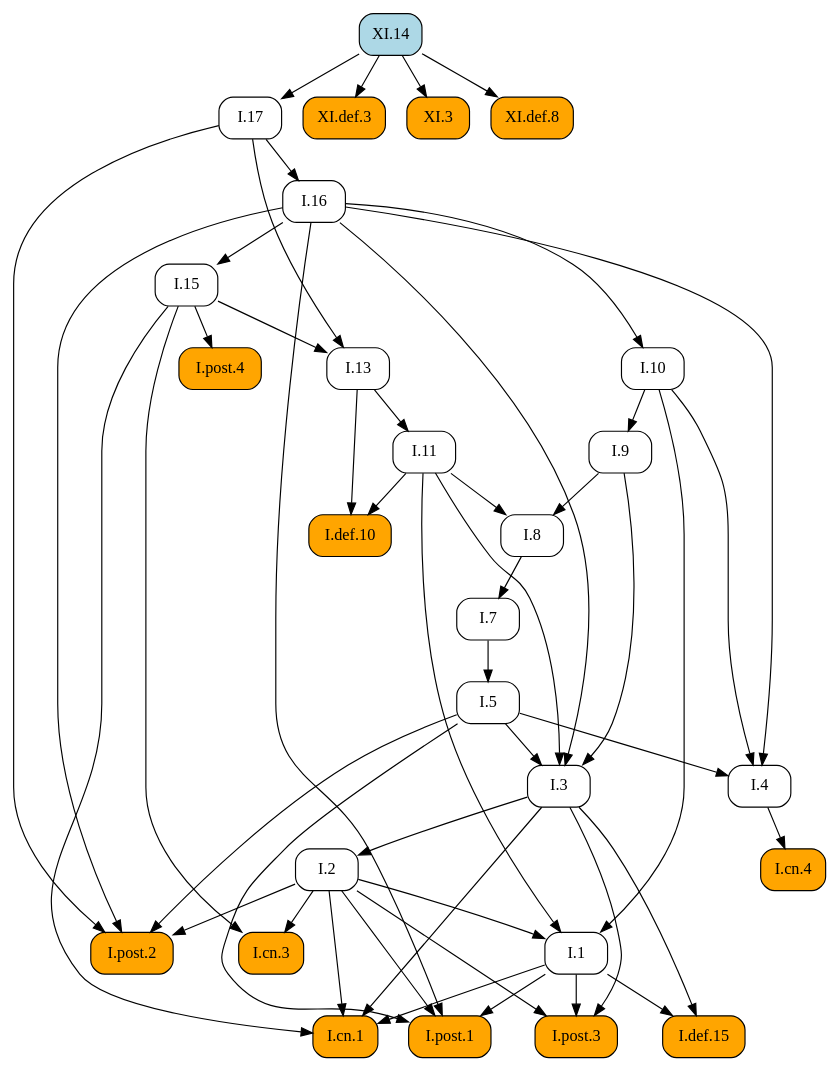
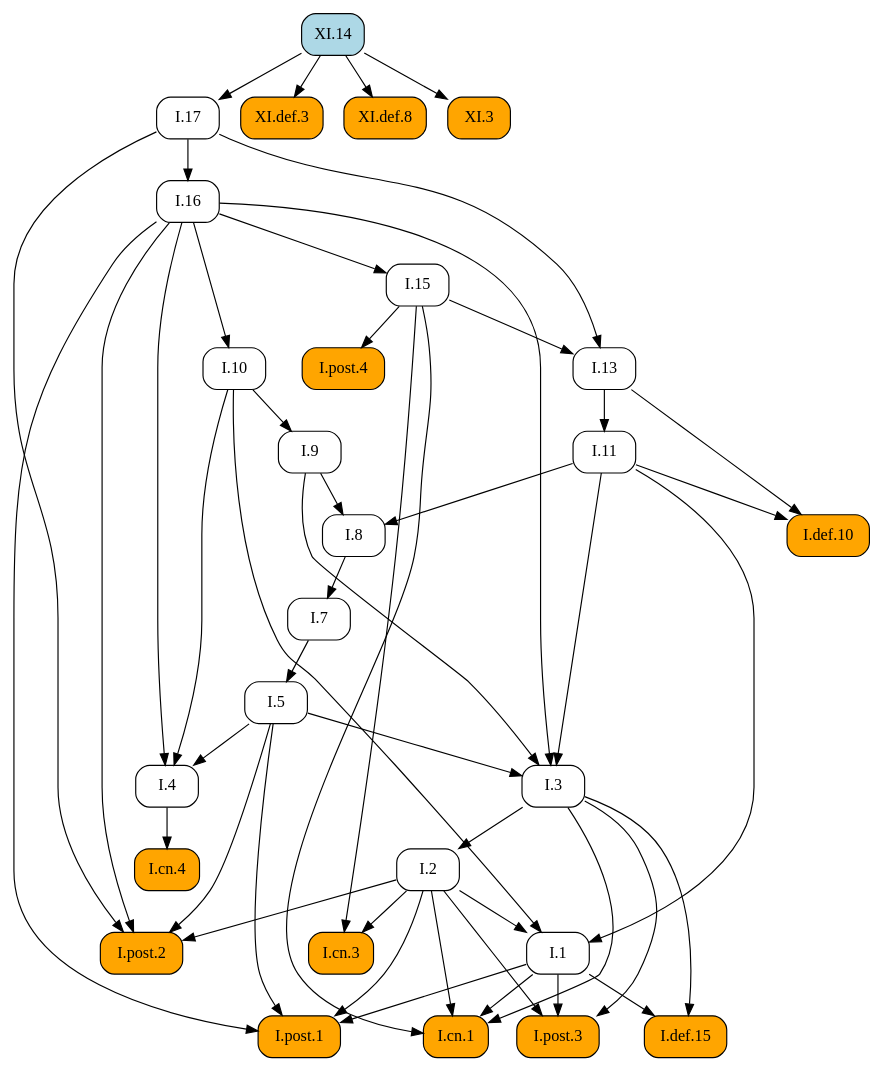
Before and after one commit to geometor/elements: the diagram in docsrc/heath/XI/14/index.rst, drawn with Graphviz. The commit also changed other lines of this file and 1029 other files, not shown here.

```diff
--- a/docsrc/heath/XI/14/index.rst
+++ b/docsrc/heath/XI/14/index.rst
@@ -43,80 +43,80 @@
    digraph {
      rankdir="TB";
      node [shape=box, style=rounded];
-     "I.13" [URL="/heath/I/13/", target="_top"];
-     "I.cn.3" [style="rounded,filled", fillcolor=orange, URL="/heath/I/cn.3/", target="_top"];
-     "I.5" [URL="/heath/I/5/", target="_top"];
-     "I.11" [URL="/heath/I/11/", target="_top"];
-     "I.7" [URL="/heath/I/7/", target="_top"];
-     "I.10" [URL="/heath/I/10/", target="_top"];
-     "I.4" [URL="/heath/I/4/", target="_top"];
-     "I.3" [URL="/heath/I/3/", target="_top"];
-     "I.16" [URL="/heath/I/16/", target="_top"];
-     "I.8" [URL="/heath/I/8/", target="_top"];
-     "I.9" [URL="/heath/I/9/", target="_top"];
      "I.def.10" [style="rounded,filled", fillcolor=orange, URL="/heath/I/def.10/", target="_top"];
      "XI.def.3" [style="rounded,filled", fillcolor=orange, URL="/heath/XI/def.3/", target="_top"];
+     "I.11" [URL="/heath/I/11/", target="_top"];
+     "I.1" [URL="/heath/I/1/", target="_top"];
      "I.post.4" [style="rounded,filled", fillcolor=orange, URL="/heath/I/post.4/", target="_top"];
+     "XI.14" [style="rounded,filled", fillcolor=lightblue, URL="/heath/XI/14/", target="_top"];
+     "I.7" [URL="/heath/I/7/", target="_top"];
+     "I.3" [URL="/heath/I/3/", target="_top"];
+     "I.2" [URL="/heath/I/2/", target="_top"];
+     "I.4" [URL="/heath/I/4/", target="_top"];
+     "I.13" [URL="/heath/I/13/", target="_top"];
+     "I.17" [URL="/heath/I/17/", target="_top"];
      "I.post.2" [style="rounded,filled", fillcolor=orange, URL="/heath/I/post.2/", target="_top"];
-     "I.2" [URL="/heath/I/2/", target="_top"];
+     "I.16" [URL="/heath/I/16/", target="_top"];
      "I.def.15" [style="rounded,filled", fillcolor=orange, URL="/heath/I/def.15/", target="_top"];
-     "I.1" [URL="/heath/I/1/", target="_top"];
+     "I.9" [URL="/heath/I/9/", target="_top"];
      "I.post.3" [style="rounded,filled", fillcolor=orange, URL="/heath/I/post.3/", target="_top"];
+     "I.cn.1" [style="rounded,filled", fillcolor=orange, URL="/heath/I/cn.1/", target="_top"];
+     "I.cn.3" [style="rounded,filled", fillcolor=orange, URL="/heath/I/cn.3/", target="_top"];
+     "I.8" [URL="/heath/I/8/", target="_top"];
+     "I.cn.4" [style="rounded,filled", fillcolor=orange, URL="/heath/I/cn.4/", target="_top"];
+     "I.15" [URL="/heath/I/15/", target="_top"];
+     "XI.def.8" [style="rounded,filled", fillcolor=orange, URL="/heath/XI/def.8/", target="_top"];
      "I.post.1" [style="rounded,filled", fillcolor=orange, URL="/heath/I/post.1/", target="_top"];
+     "I.10" [URL="/heath/I/10/", target="_top"];
+     "I.5" [URL="/heath/I/5/", target="_top"];
      "XI.3" [style="rounded,filled", fillcolor=orange, URL="/heath/XI/3/", target="_top"];
-     "I.cn.4" [style="rounded,filled", fillcolor=orange, URL="/heath/I/cn.4/", target="_top"];
-     "XI.def.8" [style="rounded,filled", fillcolor=orange, URL="/heath/XI/def.8/", target="_top"];
-     "I.15" [URL="/heath/I/15/", target="_top"];
-     "I.17" [URL="/heath/I/17/", target="_top"];
-     "XI.14" [style="rounded,filled", fillcolor=lightblue, URL="/heath/XI/14/", target="_top"];
-     "I.cn.1" [style="rounded,filled", fillcolor=orange, URL="/heath/I/cn.1/", target="_top"];
-     "I.15" -> "I.13";
-     "I.17" -> "I.13";
-     "I.2" -> "I.cn.3";
-     "I.15" -> "I.cn.3";
-     "I.7" -> "I.5";
+     "I.11" -> "I.def.10";
+     "I.13" -> "I.def.10";
+     "XI.14" -> "XI.def.3";
      "I.13" -> "I.11";
+     "I.2" -> "I.1";
+     "I.10" -> "I.1";
+     "I.11" -> "I.1";
+     "I.15" -> "I.post.4";
      "I.8" -> "I.7";
-     "I.16" -> "I.10";
-     "I.5" -> "I.4";
-     "I.10" -> "I.4";
-     "I.16" -> "I.4";
      "I.5" -> "I.3";
      "I.9" -> "I.3";
      "I.11" -> "I.3";
      "I.16" -> "I.3";
-     "I.17" -> "I.16";
-     "I.9" -> "I.8";
-     "I.11" -> "I.8";
-     "I.10" -> "I.9";
-     "I.11" -> "I.def.10";
-     "I.13" -> "I.def.10";
-     "XI.14" -> "XI.def.3";
-     "I.15" -> "I.post.4";
+     "I.3" -> "I.2";
+     "I.5" -> "I.4";
+     "I.10" -> "I.4";
+     "I.16" -> "I.4";
+     "I.15" -> "I.13";
+     "I.17" -> "I.13";
+     "XI.14" -> "I.17";
      "I.2" -> "I.post.2";
      "I.5" -> "I.post.2";
      "I.16" -> "I.post.2";
      "I.17" -> "I.post.2";
-     "I.3" -> "I.2";
+     "I.17" -> "I.16";
      "I.1" -> "I.def.15";
      "I.3" -> "I.def.15";
-     "I.2" -> "I.1";
-     "I.10" -> "I.1";
-     "I.11" -> "I.1";
+     "I.10" -> "I.9";
      "I.1" -> "I.post.3";
      "I.2" -> "I.post.3";
      "I.3" -> "I.post.3";
+     "I.1" -> "I.cn.1";
+     "I.2" -> "I.cn.1";
+     "I.3" -> "I.cn.1";
+     "I.15" -> "I.cn.1";
+     "I.2" -> "I.cn.3";
+     "I.15" -> "I.cn.3";
+     "I.9" -> "I.8";
+     "I.11" -> "I.8";
+     "I.4" -> "I.cn.4";
+     "I.16" -> "I.15";
+     "XI.14" -> "XI.def.8";
      "I.1" -> "I.post.1";
      "I.2" -> "I.post.1";
      "I.5" -> "I.post.1";
      "I.16" -> "I.post.1";
+     "I.16" -> "I.10";
+     "I.7" -> "I.5";
      "XI.14" -> "XI.3";
-     "I.4" -> "I.cn.4";
-     "XI.14" -> "XI.def.8";
-     "I.16" -> "I.15";
-     "XI.14" -> "I.17";
-     "I.1" -> "I.cn.1";
-     "I.2" -> "I.cn.1";
-     "I.3" -> "I.cn.1";
-     "I.15" -> "I.cn.1";
    }
```
